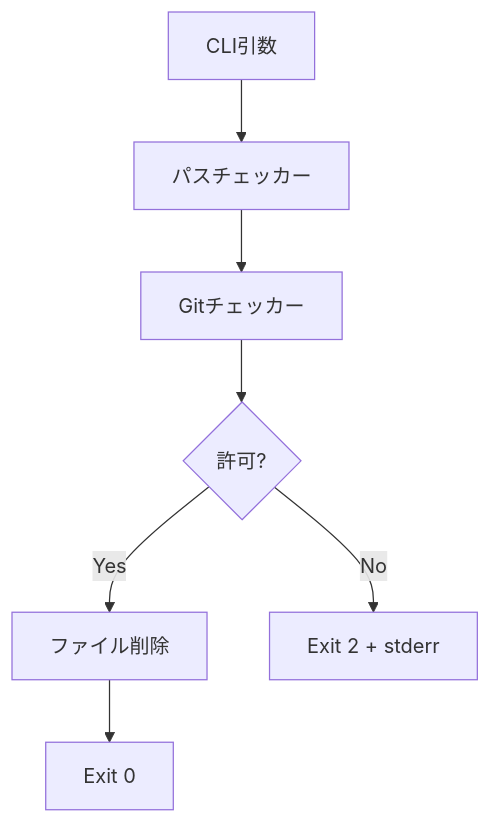
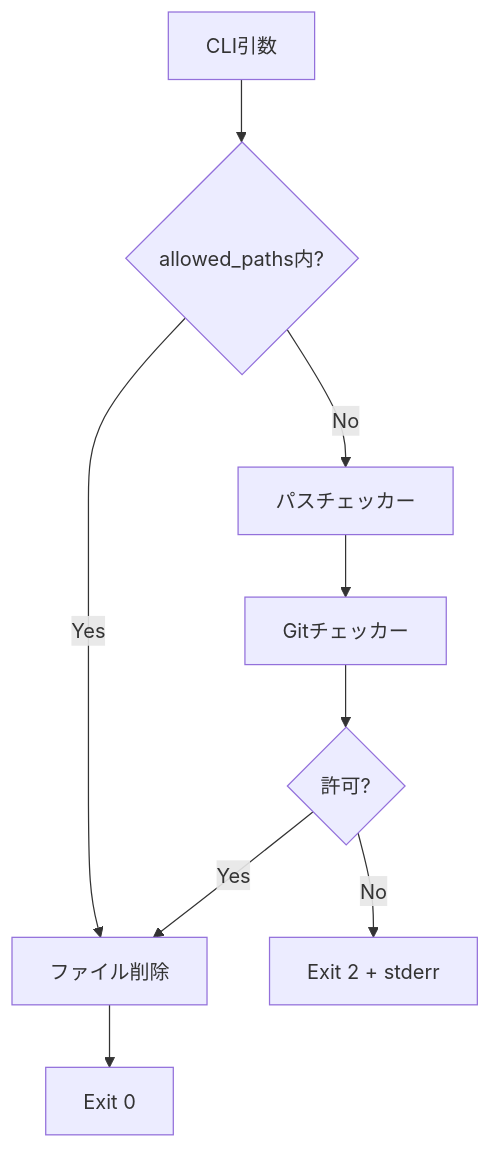
Before and after one commit to owayo/safe-rm: the first of 2 diagrams in README.ja.md, drawn with Mermaid. The commit also changed other lines of this file and 8 other files, not shown here.

````diff
--- a/README.ja.md
+++ b/README.ja.md
@@ -90,9 +153,11 @@
 ```mermaid
 flowchart TB
-    CLI[CLI引数] --> PathCheck[パスチェッカー]
+    CLI[CLI引数] --> ConfigCheck{allowed_paths内?}
+    ConfigCheck -->|Yes| Delete[ファイル削除]
+    ConfigCheck -->|No| PathCheck[パスチェッカー]
     PathCheck --> GitCheck[Gitチェッカー]
     GitCheck --> Result{許可?}
-    Result -->|Yes| Delete[ファイル削除]
+    Result -->|Yes| Delete
     Result -->|No| Exit2[Exit 2 + stderr]
     Delete --> Exit0[Exit 0]
 ```
````
